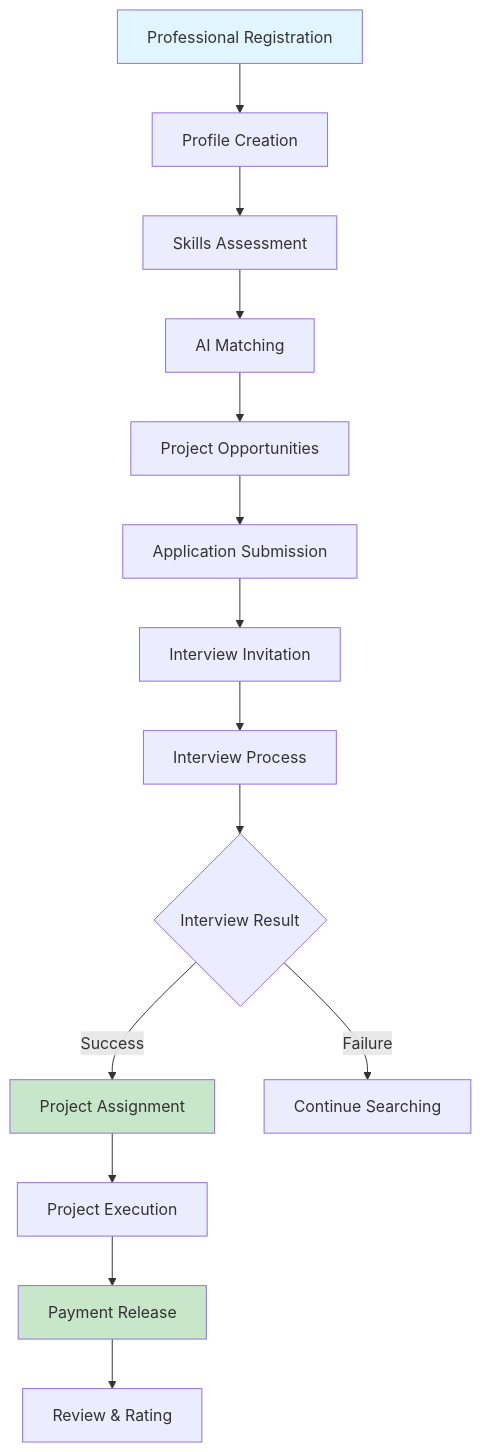
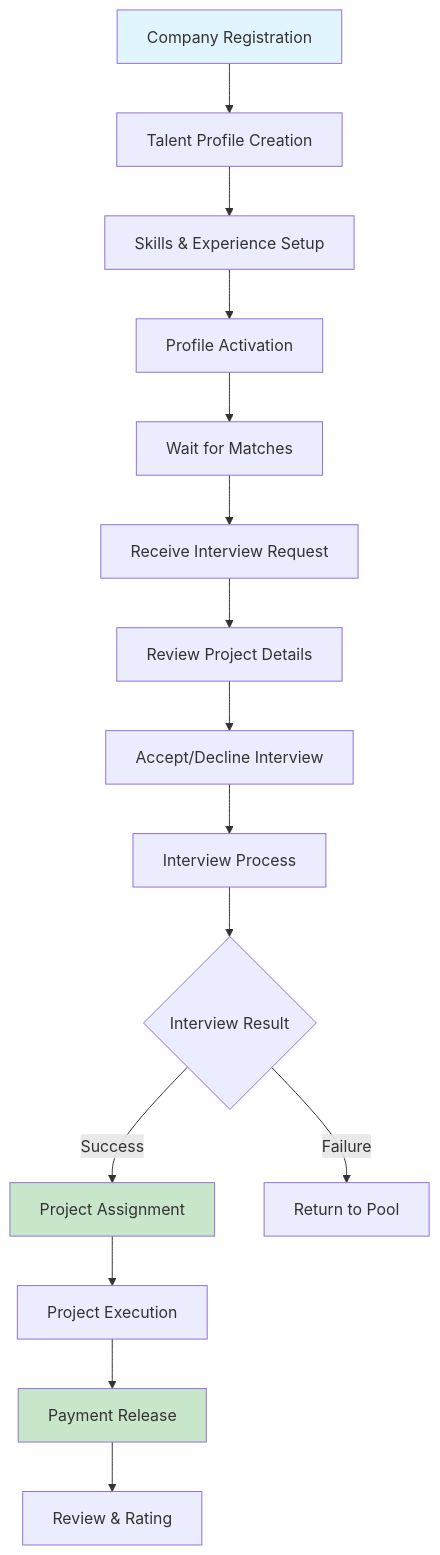
Before and after one commit to counttalita/benchwarmers: the second of 7 diagrams in docs/client-presentation.md, drawn with Mermaid. The commit also changed other lines of this file and 8 other files, not shown here.

First line of the commit message:
fix: update documentation to reflect correct talent marketplace flow

````diff
--- a/docs/client-presentation.md
+++ b/docs/client-presentation.md
@@ -65,20 +68,21 @@
 ```mermaid
 graph TD
-    A[Professional Registration] --> B[Profile Creation]
-    B --> C[Skills Assessment]
-    C --> D[AI Matching]
-    D --> E[Project Opportunities]
-    E --> F[Application Submission]
-    F --> G[Interview Invitation]
-    G --> H[Interview Process]
-    H --> I{Interview Result}
-    I -->|Success| J[Project Assignment]
-    I -->|Failure| K[Continue Searching]
-    J --> L[Project Execution]
-    L --> M[Payment Release]
-    M --> N[Review & Rating]
+    A[Company Registration] --> B[Talent Profile Creation]
+    B --> C[Skills & Experience Setup]
+    C --> D[Profile Activation]
+    D --> E[Wait for Matches]
+    E --> F[Receive Interview Request]
+    F --> G[Review Project Details]
+    G --> H[Accept/Decline Interview]
+    H --> I[Interview Process]
+    I --> J{Interview Result}
+    J -->|Success| K[Project Assignment]
+    J -->|Failure| L[Return to Pool]
+    K --> M[Project Execution]
+    M --> N[Payment Release]
+    N --> O[Review & Rating]
     
     style A fill:#e1f5fe
-    style J fill:#c8e6c9
-    style M fill:#c8e6c9
+    style K fill:#c8e6c9
+    style N fill:#c8e6c9
 ```
````
